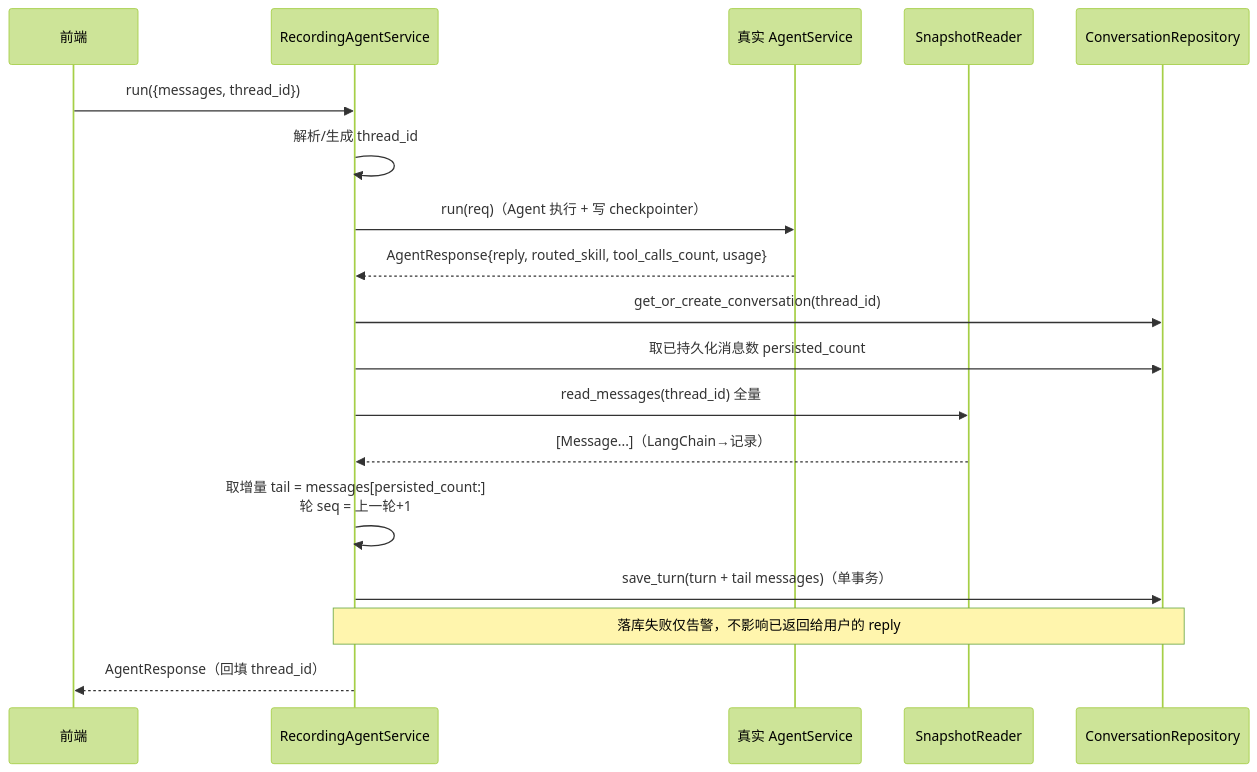
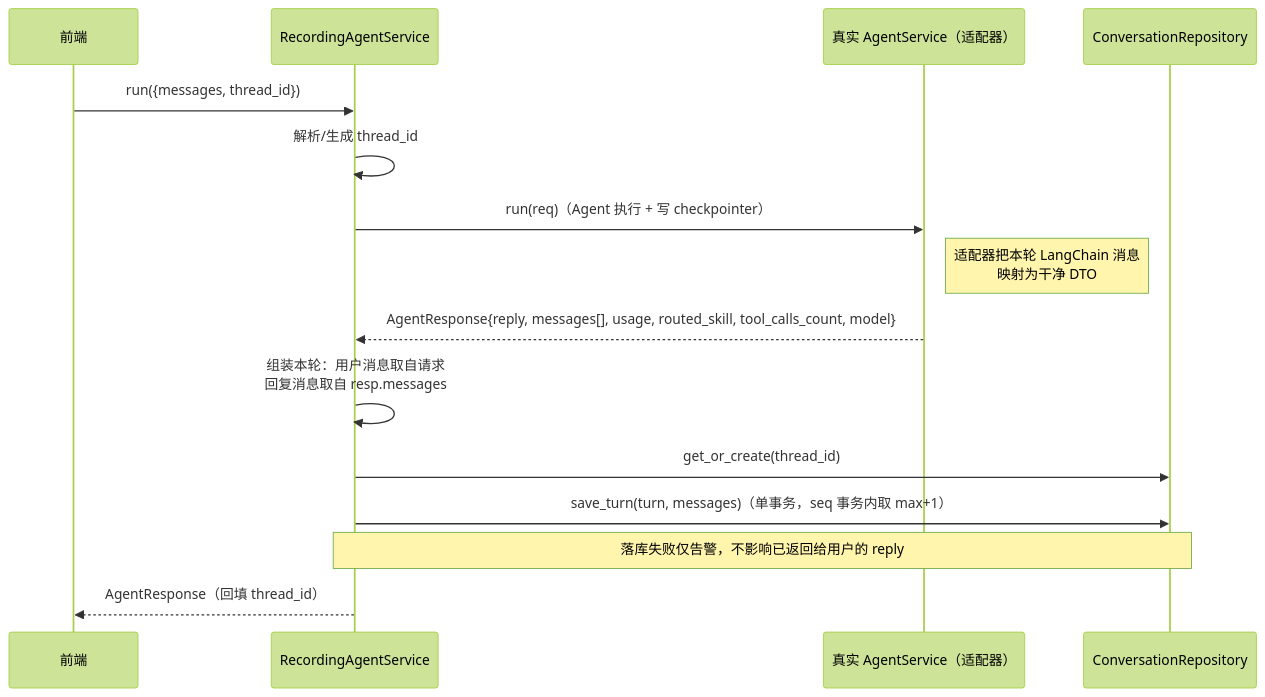
The second of 3 diagrams in docs/superpowers/specs/2026-07-19-conversation-persistence-design.md (VbiosWen/ai-finance), drawn with Mermaid (forest theme) before and after one commit. The commit also changed other lines of this file, not shown here.

First line of the commit message:
docs: 修订对话持久化设计——解耦 LangGraph + 单轮 token

````diff
--- a/docs/superpowers/specs/2026-07-19-conversation-persistence-design.md
+++ b/docs/superpowers/specs/2026-07-19-conversation-persistence-design.md
@@ -94,21 +100,18 @@
 ```mermaid
 sequenceDiagram
     participant FE as 前端
     participant REC as RecordingAgentService
-    participant INNER as 真实 AgentService
-    participant SNAP as SnapshotReader
+    participant INNER as 真实 AgentService（适配器）
     participant REPO as ConversationRepository
 
     FE->>REC: run({messages, thread_id})
     REC->>REC: 解析/生成 thread_id
     REC->>INNER: run(req)（Agent 执行 + 写 checkpointer）
-    INNER-->>REC: AgentResponse{reply, routed_skill, tool_calls_count, usage}
-    REC->>REPO: get_or_create_conversation(thread_id)
-    REC->>REPO: 取已持久化消息数 persisted_count
-    REC->>SNAP: read_messages(thread_id) 全量
-    SNAP-->>REC: [Message...]（LangChain→记录）
-    REC->>REC: 取增量 tail = messages[persisted_count:]<br/>轮 seq = 上一轮+1
-    REC->>REPO: save_turn(turn + tail messages)（单事务）
+    Note right of INNER: 适配器把本轮 LangChain 消息<br/>映射为干净 DTO
+    INNER-->>REC: AgentResponse{reply, messages[], usage, routed_skill, tool_calls_count, model}
+    REC->>REC: 组装本轮：用户消息取自请求<br/>回复消息取自 resp.messages
+    REC->>REPO: get_or_create(thread_id)
+    REC->>REPO: save_turn(turn, messages)（单事务，seq 事务内取 max+1）
     Note over REC,REPO: 落库失败仅告警，不影响已返回给用户的 reply
     REC-->>FE: AgentResponse（回填 thread_id）
 ```
````
